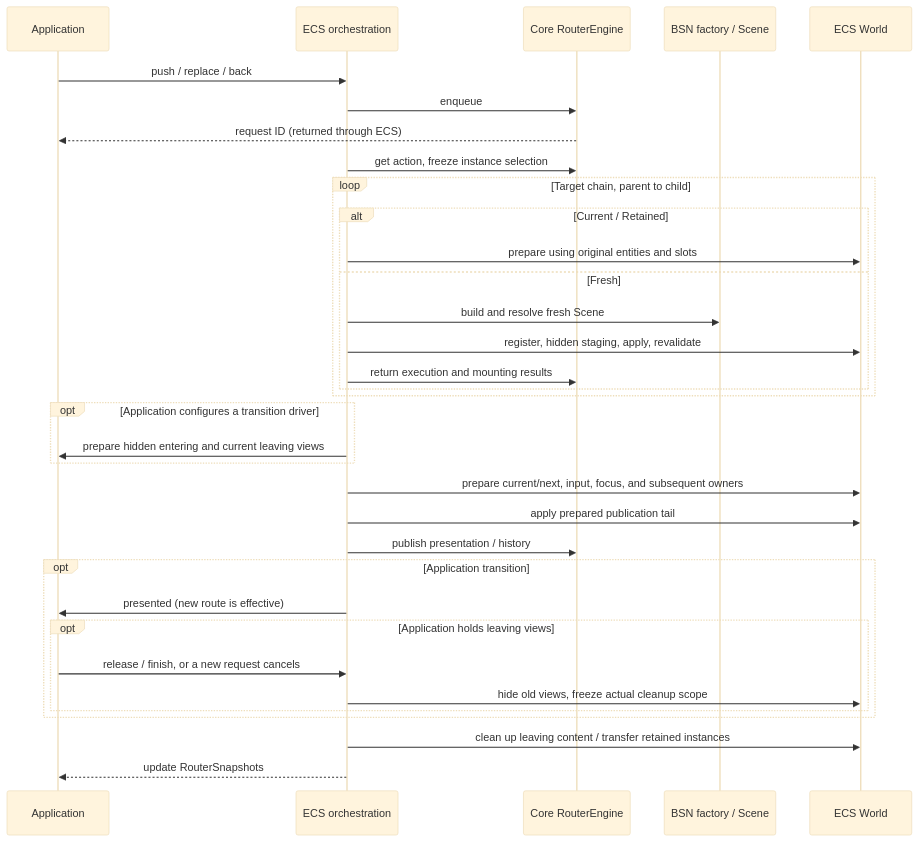
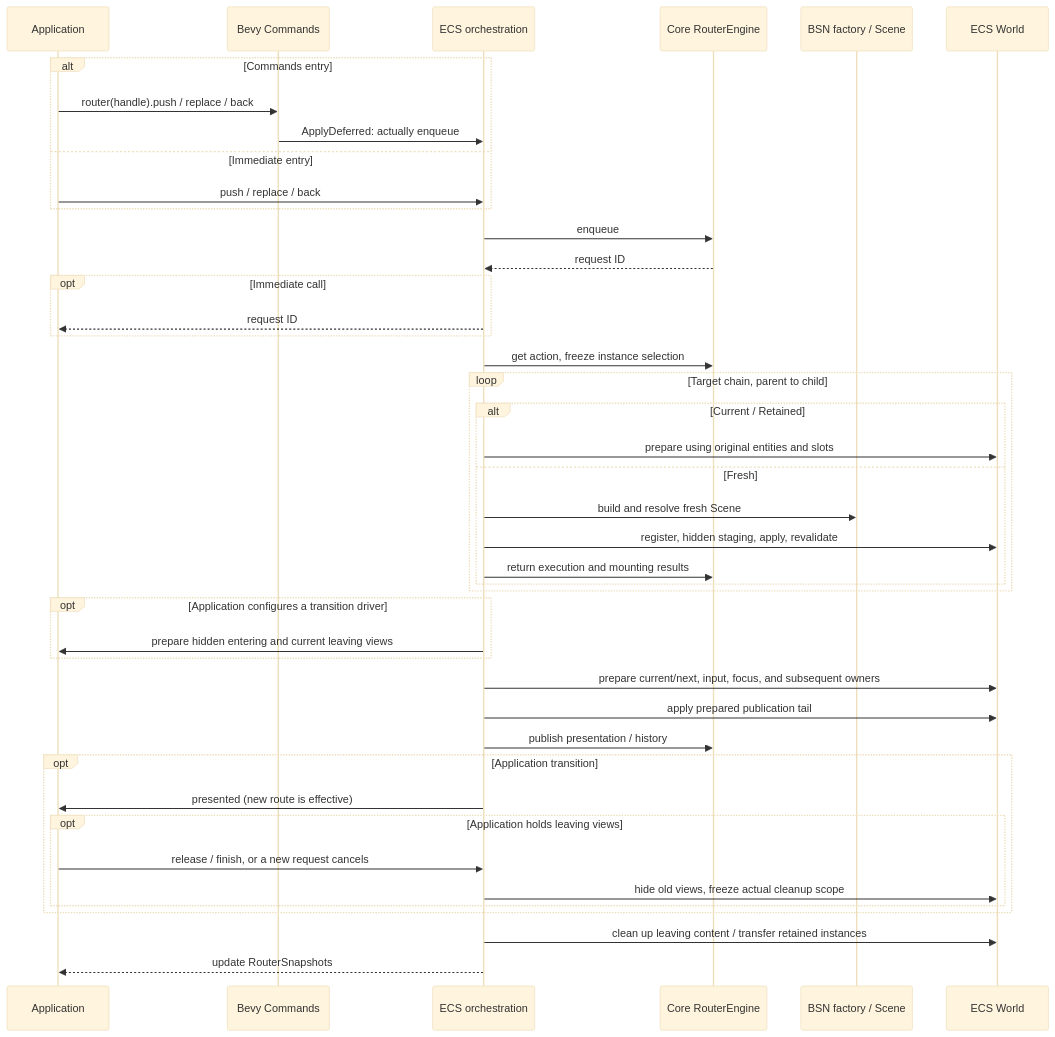
Before and after one commit to shengyusi-SYS/bevy_ui_router: the second of 3 diagrams in docs/architecture/runtime.en.md, drawn with Mermaid (base theme). The commit also changed other lines of this file and 25 other files, not shown here.

````diff
--- a/docs/architecture/runtime.en.md
+++ b/docs/architecture/runtime.en.md
@@ -38,36 +38,45 @@
 ```mermaid
 sequenceDiagram
     participant App as Application
+    participant Commands as Bevy Commands
     participant Nav as ECS orchestration
     participant Core as Core RouterEngine
     participant Scene as BSN factory / Scene
     participant World as ECS World
-    App->>Nav: push / replace / back
+    alt Commands entry
+        App->>Commands: router(handle).push / replace / back
+        Commands->>Nav: ApplyDeferred: actually enqueue
+    else Immediate entry
+        App->>Nav: push / replace / back
+    end
     Nav->>Core: enqueue
-    Core-->>App: request ID (returned through ECS)
+    Core-->>Nav: request ID
+    opt Immediate call
+        Nav-->>App: request ID
+    end
     Nav->>Core: get action, freeze instance selection
     loop Target chain, parent to child
         alt Current / Retained
             Nav->>World: prepare using original entities and slots
         else Fresh
             Nav->>Scene: build and resolve fresh Scene
             Nav->>World: register, hidden staging, apply, revalidate
             Nav->>Core: return execution and mounting results
         end
     end
     opt Application configures a transition driver
         Nav->>App: prepare hidden entering and current leaving views
     end
     Nav->>World: prepare current/next, input, focus, and subsequent owners
     Nav->>World: apply prepared publication tail
     Nav->>Core: publish presentation / history
     opt Application transition
         Nav->>App: presented (new route is effective)
         opt Application holds leaving views
             App->>Nav: release / finish, or a new request cancels
             Nav->>World: hide old views, freeze actual cleanup scope
         end
     end
     Nav->>World: clean up leaving content / transfer retained instances
     Nav-->>App: update RouterSnapshots
 ```
````
